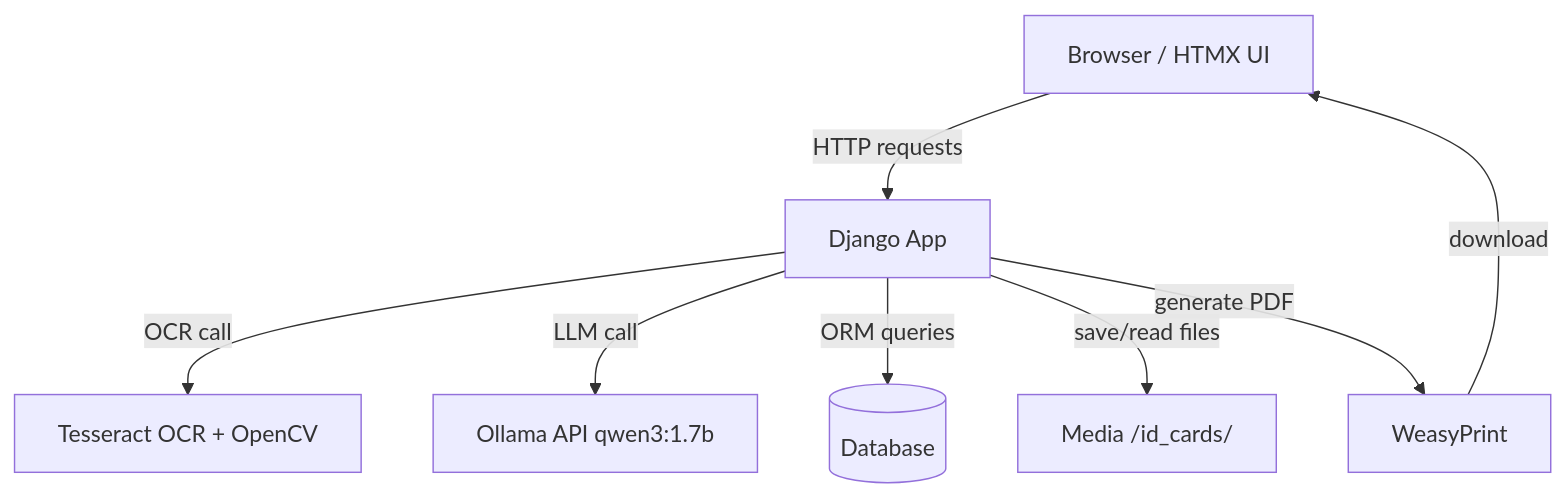
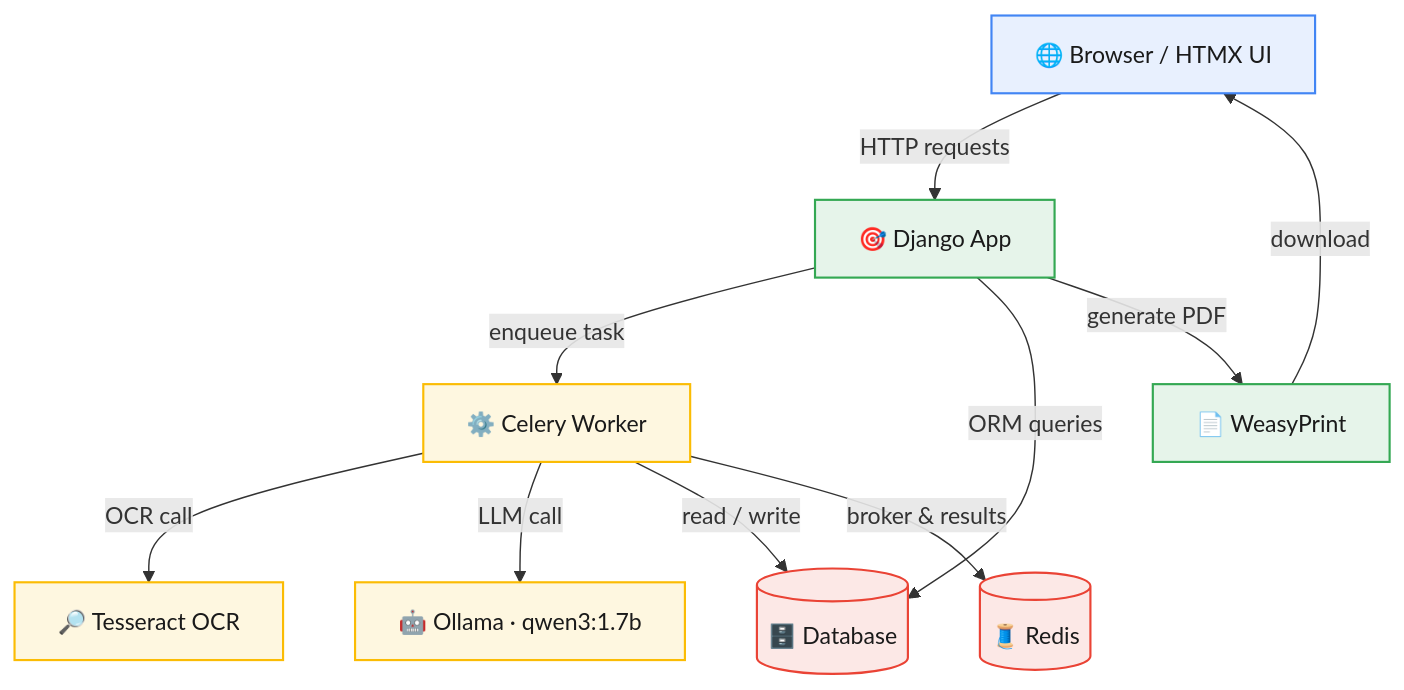
Before and after one commit to Spectre206/smartform: the first of 2 diagrams in workflow.md, drawn with Mermaid. The commit also changed other lines of this file and 2 other files, not shown here.

````diff
--- a/workflow.md
+++ b/workflow.md
@@ -62,10 +60,22 @@
 ```mermaid
-graph TD
-    Browser[Browser / HTMX UI] -->|HTTP requests| Django[Django App]
-    Django -->|OCR call| Tesseract[Tesseract OCR + OpenCV]
-    Django -->|LLM call| Ollama[Ollama API qwen3:1.7b]
-    Django -->|ORM queries| DB[(Database)]
-    Django -->|save/read files| FileStorage[Media /id_cards/]
-    Django -->|generate PDF| WeasyPrint[WeasyPrint]
+flowchart TD
+    Browser["🌐 Browser / HTMX UI"] -->|HTTP requests| Django["🎯 Django App"]
+    Django -->|enqueue task| Celery["⚙️ Celery Worker"]
+    Celery -->|OCR call| Tesseract["🔎 Tesseract OCR"]
+    Celery -->|LLM call| Ollama["🤖 Ollama · qwen3:1.7b"]
+    Celery -->|read / write| DB[("🗄️ Database")]
+    Django -->|ORM queries| DB
+    Django -->|generate PDF| WeasyPrint["📄 WeasyPrint"]
     WeasyPrint -->|download| Browser
+    Celery -->|broker & results| Redis[("🧵 Redis")]
+
+    classDef ui fill:#e8f0fe,stroke:#4285f4,stroke-width:1.5px,color:#1a1a1a;
+    classDef app fill:#e6f4ea,stroke:#34a853,stroke-width:1.5px,color:#1a1a1a;
+    classDef worker fill:#fef7e0,stroke:#fbbc04,stroke-width:1.5px,color:#1a1a1a;
+    classDef store fill:#fce8e6,stroke:#ea4335,stroke-width:1.5px,color:#1a1a1a;
+
+    class Browser ui;
+    class Django,WeasyPrint app;
+    class Celery,Tesseract,Ollama worker;
+    class DB,Redis store;
 ```
````
